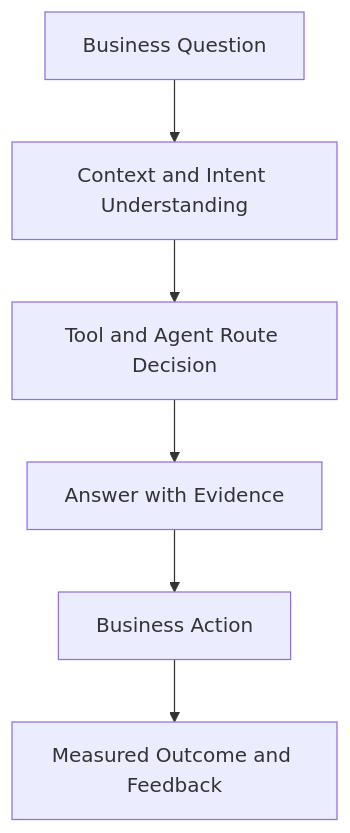
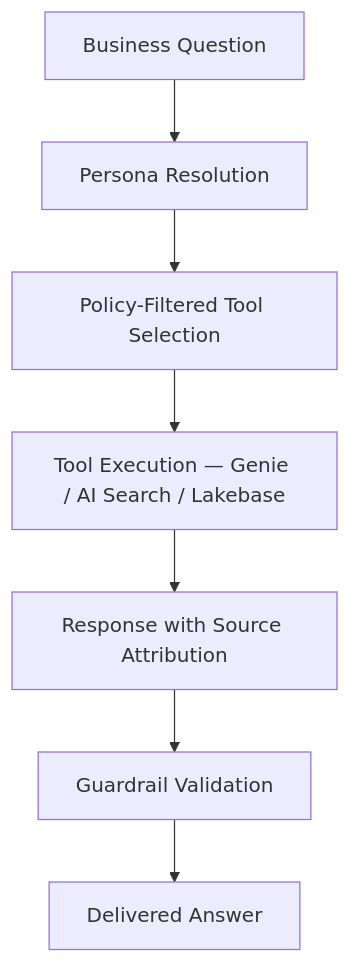
The fourth of 4 diagrams in docs/architecture/design-artifacts/01-concept-high-level.md (wchen-dea/Governed-Multi-Agent-Intelligence-on-Databricks), drawn with Mermaid before and after one commit. The commit also changed other lines of this file and 51 other files, not shown here.

````diff
--- a/docs/architecture/design-artifacts/01-concept-high-level.md
+++ b/docs/architecture/design-artifacts/01-concept-high-level.md
@@ -56,8 +57,9 @@
 ```mermaid
 flowchart TD
-    Q[Business Question] --> Ctx[Context and Intent Understanding]
-    Ctx --> Route[Tool and Agent Route Decision]
-    Route --> Ans[Answer with Evidence]
-    Ans --> Action[Business Action]
-    Action --> Outcome[Measured Outcome and Feedback]
+    Q[Business Question] --> P[Persona Resolution]
+    P --> Route[Policy-Filtered Tool Selection]
+    Route --> Tool[Tool Execution — Genie / AI Search / Lakebase]
+    Tool --> Ans[Response with Source Attribution]
+    Ans --> Guard[Guardrail Validation]
+    Guard --> Action[Delivered Answer]
 ```
````
